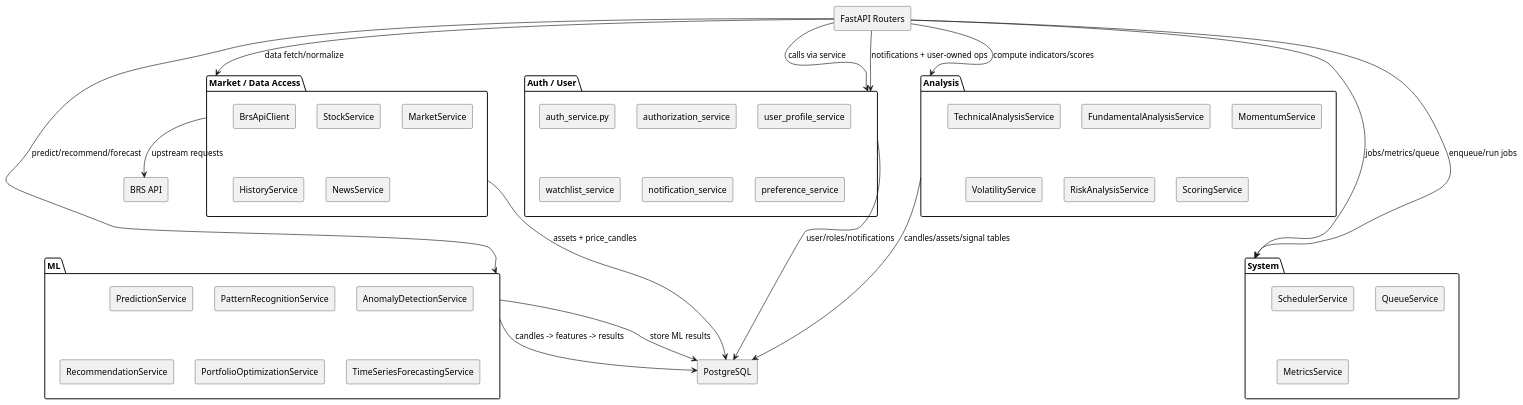
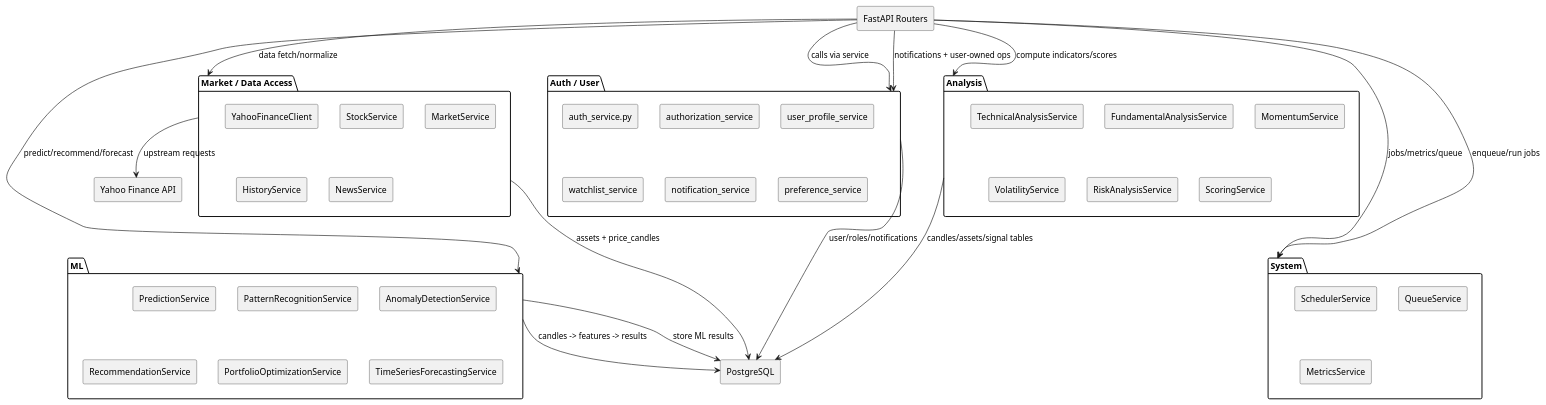
One commit to Shakour-Data/BedaanWaves changed the diagram in docs/diagrams/uml/level_2_components.md. Above: the diagram before and after it, drawn with PlantUML. The commit also changed other lines of this file and 51 other files, not shown here.

````diff
--- a/docs/diagrams/uml/level_2_components.md
+++ b/docs/diagrams/uml/level_2_components.md
@@ -15,63 +15,63 @@
 ```plantuml
 @startuml
 skinparam componentStyle rectangle
 
 package "Auth / User" {
   [auth_service.py] as AUTH_S
   [authorization_service] as AUTHZ_S
   [user_profile_service] as PROFILE_S
   [watchlist_service] as WATCH_S
   [notification_service] as NOTIF_S
   [preference_service] as PREF_S
 }
 
 package "Market / Data Access" {
-  [BrsApiClient] as BRS_CLIENT
+  [YahooFinanceClient] as YF_CLIENT
   [StockService] as STOCK_S
   [MarketService] as MARKET_S
   [HistoryService] as HISTORY_S
   [NewsService] as NEWS_S
 }
 
 package "Analysis" {
   [TechnicalAnalysisService] as TECH_S
   [FundamentalAnalysisService] as FUND_S
   [MomentumService] as MOM_S
   [VolatilityService] as VOL_S
   [RiskAnalysisService] as RISK_S
   [ScoringService] as SCORE_S
 }
 
 package "ML" {
   [PredictionService] as PRED_S
   [PatternRecognitionService] as PAT_S
   [AnomalyDetectionService] as ANOM_S
   [RecommendationService] as REC_S
   [PortfolioOptimizationService] as OPT_S
   [TimeSeriesForecastingService] as TSF_S
 }
 
 package "System" {
   [SchedulerService] as SCH_S
   [QueueService] as QUEUE_S
   [MetricsService] as METR_S
 }
 
 [FastAPI Routers] --> [Auth / User] : calls via service
 [FastAPI Routers] --> [Market / Data Access] : data fetch/normalize
 [FastAPI Routers] --> [Analysis] : compute indicators/scores
 [FastAPI Routers] --> [ML] : predict/recommend/forecast
 [FastAPI Routers] --> [System] : jobs/metrics/queue
 [FastAPI Routers] --> [Auth / User] : notifications + user-owned ops
 
 [Analysis] --> [PostgreSQL] : candles/assets/signal tables
 [Market / Data Access] --> [PostgreSQL] : assets + price_candles
 [ML] --> [PostgreSQL] : candles -> features -> results
 [Auth / User] --> [PostgreSQL] : user/roles/notifications
 
-[Market / Data Access] --> [BRS API] : upstream requests
+  [Market / Data Access] --> [Yahoo Finance API] : upstream requests
 [ML] --> [PostgreSQL] : store ML results
 [FastAPI Routers] --> [System] : enqueue/run jobs
 
 @enduml
 ```
````
